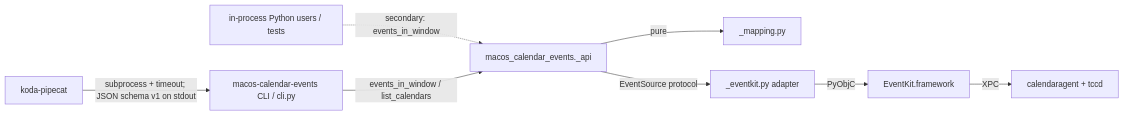
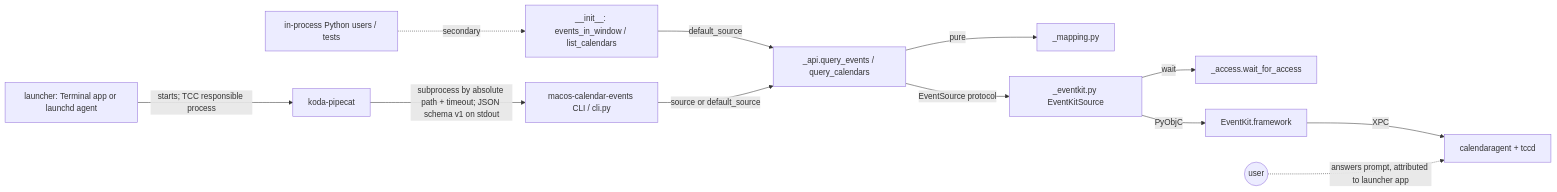
The first of 2 diagrams in docs/dev_plans/20261119-feature-macos-calendar-events-core.md (vr000m/macos-calendar-events), drawn with Mermaid before and after one commit. The commit also changed other lines of this file, not shown here.

````diff
--- a/docs/dev_plans/20261119-feature-macos-calendar-events-core.md
+++ b/docs/dev_plans/20261119-feature-macos-calendar-events-core.md
@@ -83,10 +155,14 @@
 ```mermaid
 graph LR
-    K[koda-pipecat] -->|subprocess + timeout; JSON schema v1 on stdout| CLI[macos-calendar-events CLI / cli.py]
-    P[in-process Python users / tests] -.->|secondary: events_in_window| API
-    CLI -->|events_in_window / list_calendars| API[macos_calendar_events._api]
+    L[launcher: Terminal app or launchd agent] -->|starts; TCC responsible process| K[koda-pipecat]
+    K -->|subprocess by absolute path + timeout; JSON schema v1 on stdout| CLI[macos-calendar-events CLI / cli.py]
+    P[in-process Python users / tests] -.->|secondary| INIT[__init__: events_in_window / list_calendars]
+    INIT -->|default_source| API[_api.query_events / query_calendars]
+    CLI -->|source or default_source| API
     API -->|pure| MAP[_mapping.py]
-    API -->|EventSource protocol| EK[_eventkit.py adapter]
+    API -->|EventSource protocol| EK[_eventkit.py EventKitSource]
+    EK -->|wait| ACC[_access.wait_for_access]
     EK -->|PyObjC| EVK[EventKit.framework]
     EVK -->|XPC| CAL[calendaragent + tccd]
+    U((user)) -.->|answers prompt, attributed to launcher app| CAL
 ```
````
